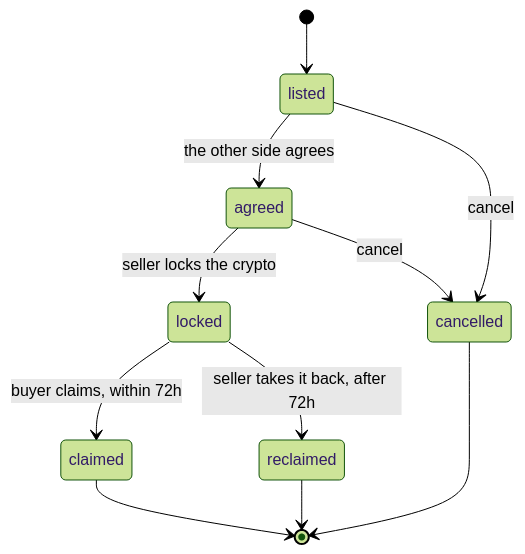
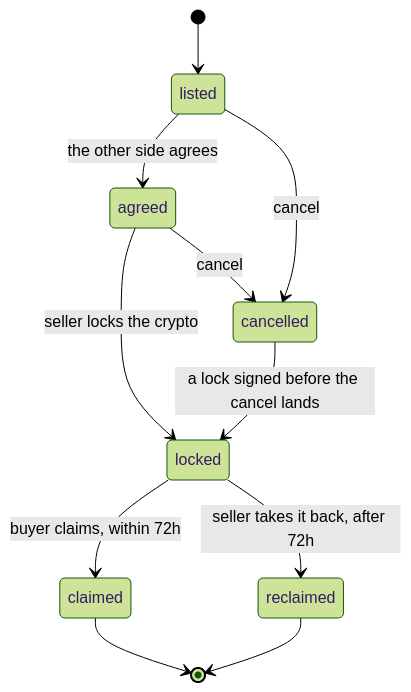
One commit to omeralpi/pairy changed the second of 2 diagrams in README.md. Above: the diagram before and after it, drawn with Mermaid (forest theme). The commit also changed other lines of this file and 4 other files, not shown here.

````diff
--- a/README.md
+++ b/README.md
@@ -114,13 +116,13 @@
 ```mermaid
 stateDiagram-v2
     [*] --> listed
     listed --> agreed: the other side agrees
     listed --> cancelled: cancel
     agreed --> locked: seller locks the crypto
     agreed --> cancelled: cancel
+    cancelled --> locked: a lock signed before the cancel lands
     locked --> claimed: buyer claims, within 72h
     locked --> reclaimed: seller takes it back, after 72h
     claimed --> [*]
     reclaimed --> [*]
-    cancelled --> [*]
 ```
````
